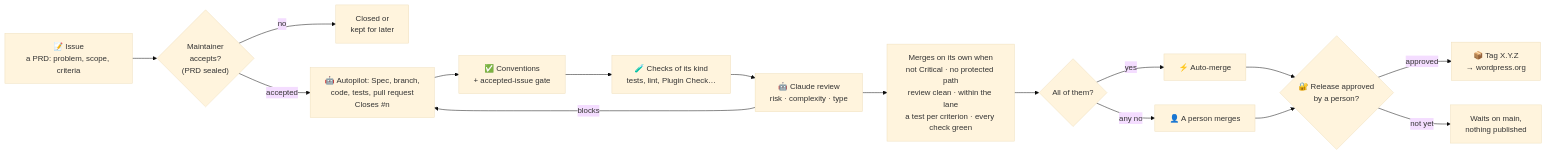
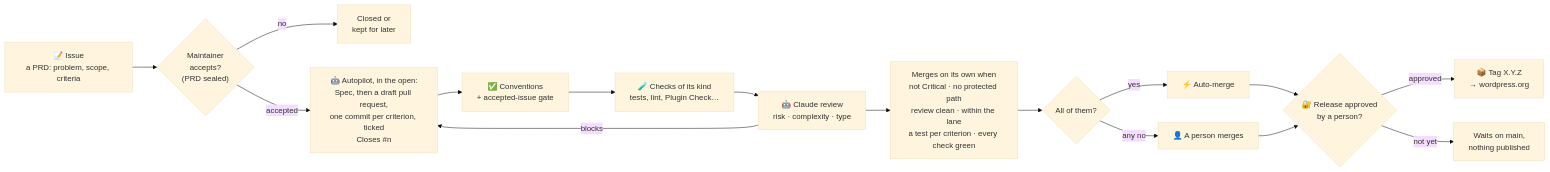
The first of 2 diagrams in README.md (DiluxOne/.github), drawn with Mermaid (base theme) before and after one commit. The commit also changed other lines of this file and 9 other files, not shown here.

First line of the commit message:
feat(autopilot): work in the open, in a draft pull request (#111)

````diff
--- a/README.md
+++ b/README.md
@@ -18,18 +18,18 @@
 ```mermaid
 flowchart LR
     A["📝 Issue<br/>a PRD: problem, scope, criteria"] --> B{"Maintainer<br/>accepts?<br/>(PRD sealed)"}
     B -- "no" --> X["Closed or<br/>kept for later"]
-    B -- "accepted" --> C["🤖 Autopilot: Spec, branch,<br/>code, tests, pull request<br/>Closes #n"]
+    B -- "accepted" --> C["🤖 Autopilot, in the open:<br/>Spec, then a draft pull request,<br/>one commit per criterion, ticked<br/>Closes #n"]
     C --> D["✅ Conventions<br/>+ accepted-issue gate"]
     D --> E["🧪 Checks of its kind<br/>tests, lint, Plugin Check…"]
     E --> F["🤖 Claude review<br/>risk · complexity · type"]
     F -- "blocks" --> C
     F --> L["Merges on its own when<br/>not Critical · no protected path<br/>review clean · within the lane<br/>a test per criterion · every check green"]
     L --> G{"All of them?"}
     G -- "yes" --> H["⚡ Auto-merge"]
     G -- "any no" --> I["👤 A person merges"]
     H --> R{"🔐 Release approved<br/>by a person?"}
     I --> R
     R -- "approved" --> J["📦 Tag X.Y.Z<br/>→ wordpress.org"]
     R -- "not yet" --> W["Waits on main,<br/>nothing published"]
 ```
````
